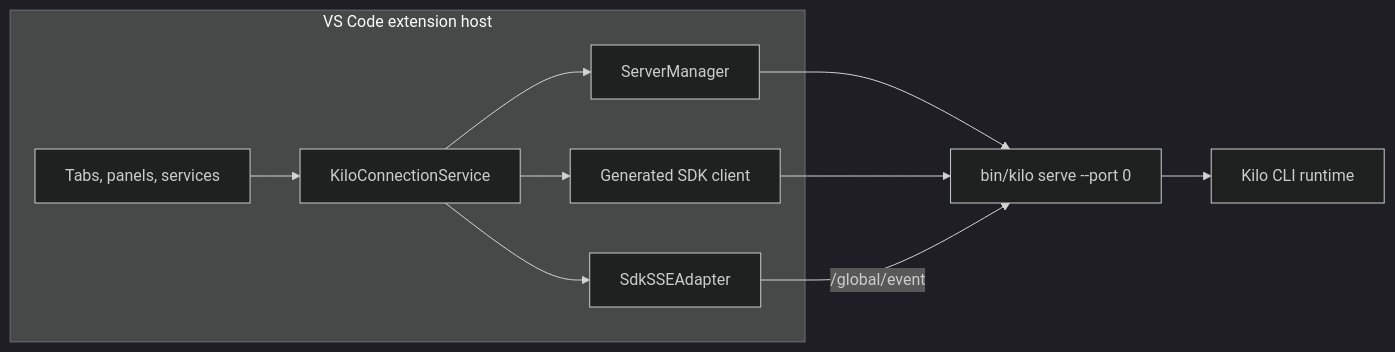
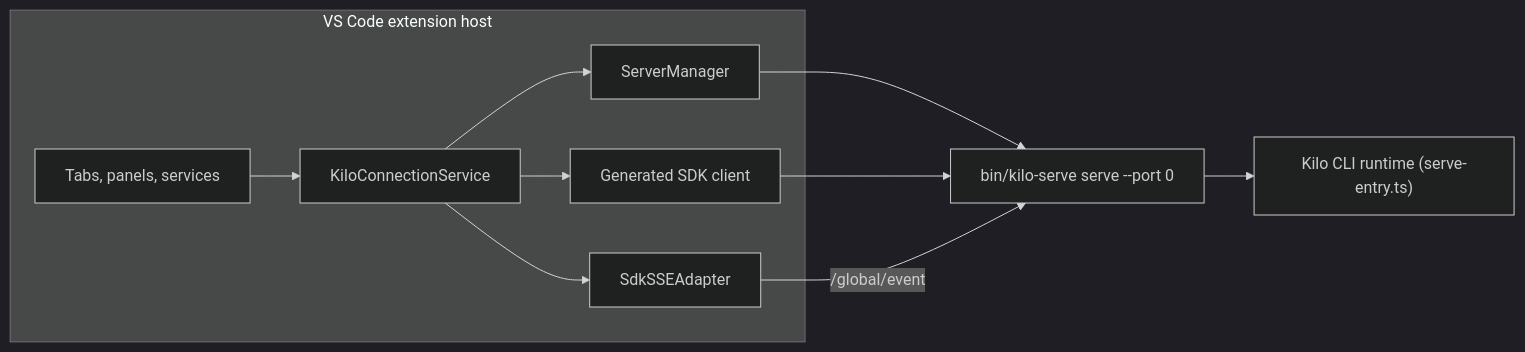
One commit to JorkeyLiu/kilocode changed the first of 2 diagrams in packages/kilo-docs/pages/contributing/architecture/vscode-extension.md. Above: the diagram before and after it, drawn with Mermaid (dark theme). The commit also changed other lines of this file and 177 other files, not shown here.

First line of the commit message:
feat(vscode)!: retire standalone CLI for private runtime

````diff
--- a/packages/kilo-docs/pages/contributing/architecture/vscode-extension.md
+++ b/packages/kilo-docs/pages/contributing/architecture/vscode-extension.md
@@ -20,19 +20,19 @@
 ```mermaid
 flowchart LR
   subgraph host ["VS Code extension host"]
     consumers["Tabs, panels, services"]
     service["KiloConnectionService"]
     manager["ServerManager"]
     sdk["Generated SDK client"]
     sse["SdkSSEAdapter"]
   end
 
-  server["bin/kilo serve --port 0"]
-  runtime["Kilo CLI runtime"]
+  server["bin/kilo-serve serve --port 0"]
+  runtime["Kilo CLI runtime (serve-entry.ts)"]
 
   consumers --> service
   service --> manager --> server
   service --> sdk --> server
   service --> sse -->|/global/event| server
   server --> runtime
 ```
````
